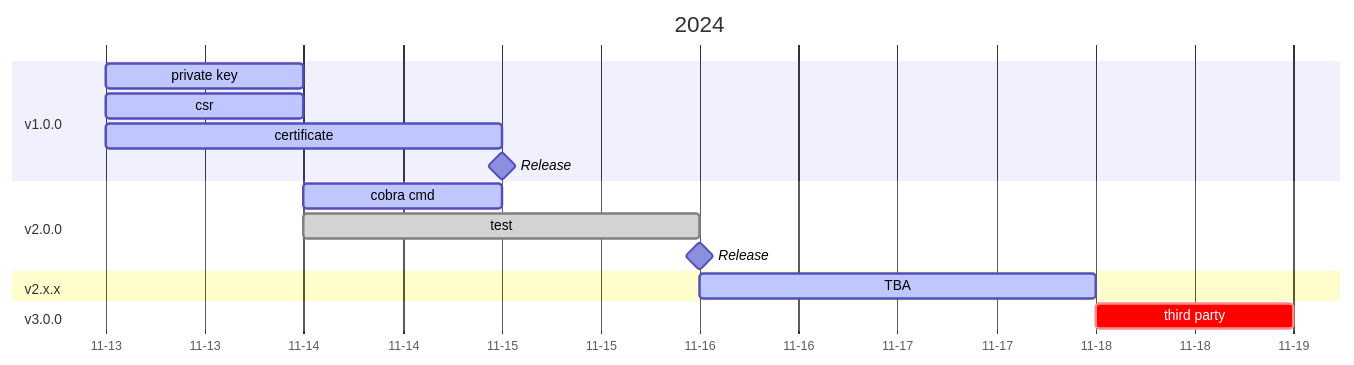
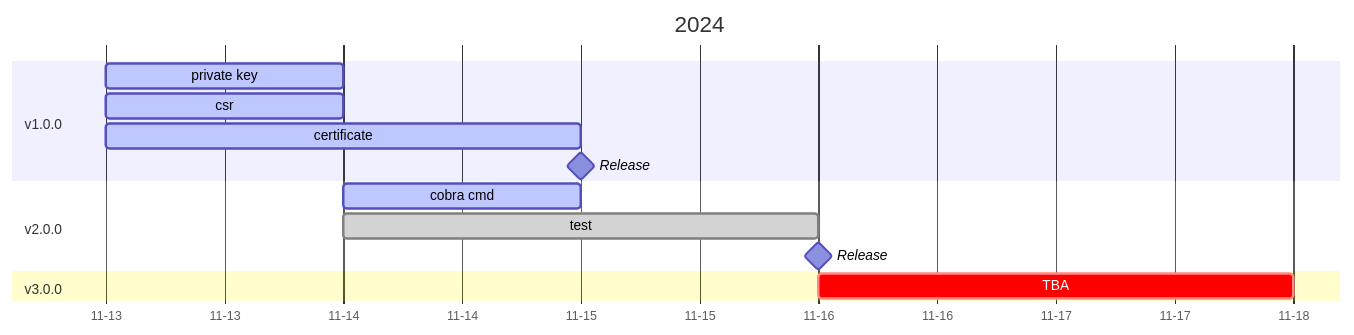
One commit to Alonza0314/cert-go changed the diagram in README.md. Above: the diagram before and after it, drawn with Mermaid. The commit also changed other lines of this file, not shown here.

Commit message:
docs: update return types in cert and roadmap

````diff
--- a/README.md
+++ b/README.md
@@ -9,23 +9,20 @@
 ```mermaid
 gantt
     title 2024
     dateFormat MM-DD
         axisFormat %m-%d
 
     section v1.0.0
     private key: active, private-key, 11-13, 1d
     csr: active, csr, 11-13, 1d
     certificate: active, certificate, 11-13, 2d
     Release: milestone, after certificate
 
     section v2.0.0
     cobra cmd: active, cobra-cmd, 11-14, 1d
     test: done, test, 11-14, 2d
     Release: milestone, after test
 
-    section v2.x.x
-    TBA: active, TBA, 11-16, 2d
-
     section v3.0.0
-    third party: crit, third-party, 11-18, 1d
+    TBA: crit, TBA, 11-16, 2d
 ```
````
